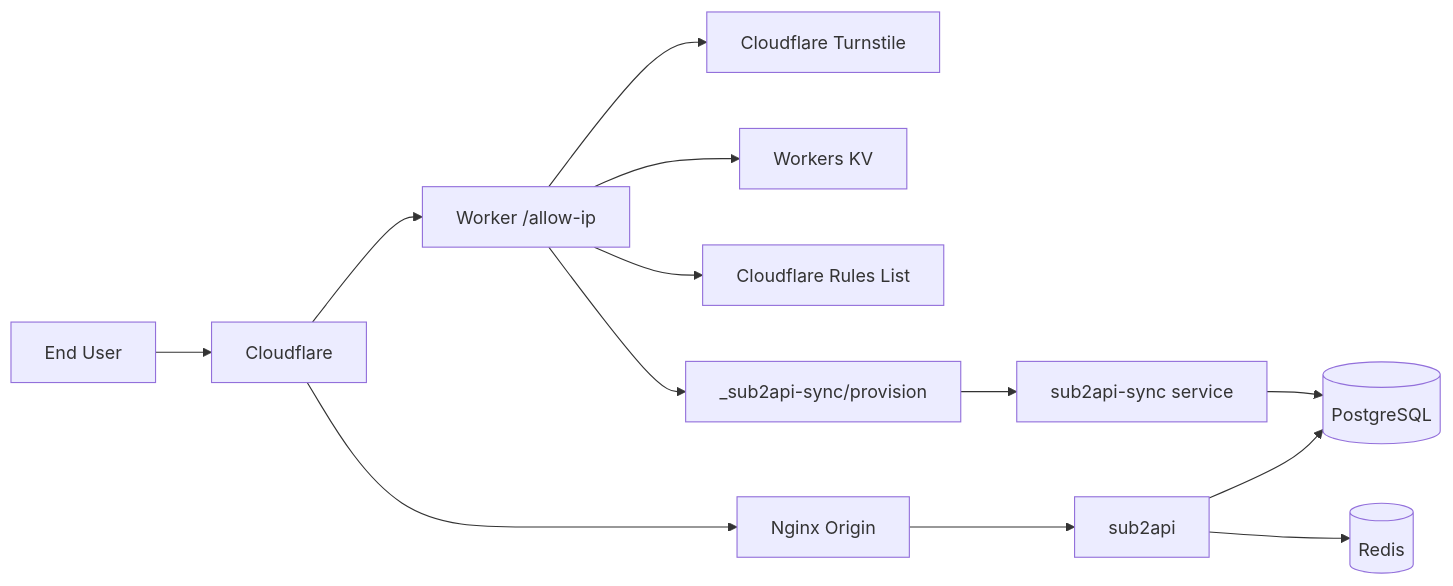
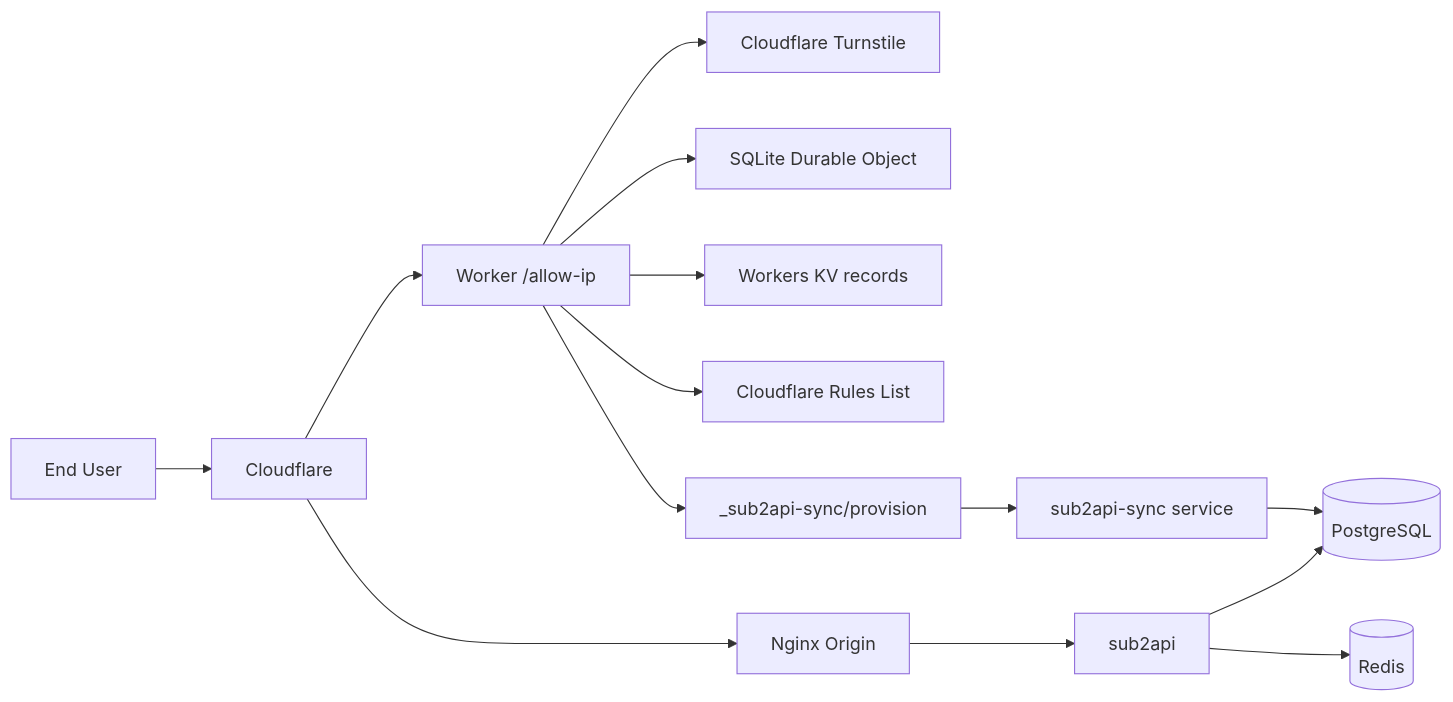
Before and after one commit to InImpasse/sub2api-gate: the diagram in README.md, drawn with Mermaid. The commit also changed other lines of this file and 163 other files, not shown here.

````diff
--- a/README.md
+++ b/README.md
@@ -21,16 +24,17 @@
 ```mermaid
 flowchart LR
   User[End User] --> CF[Cloudflare]
   CF --> Worker[Worker /allow-ip]
   Worker --> Turnstile[Cloudflare Turnstile]
-  Worker --> KV[Workers KV]
+  Worker --> AuthState[SQLite Durable Object]
+  Worker --> KV[Workers KV records]
   Worker --> IPList[Cloudflare Rules List]
   Worker --> Sync[_sub2api-sync/provision]
 
   CF --> Nginx[Nginx Origin]
   Nginx --> Sub2API[sub2api]
   Sync --> SyncSvc[sub2api-sync service]
   SyncSvc --> PG[(PostgreSQL)]
   Sub2API --> PG
   Sub2API --> Redis[(Redis)]
 ```
````
